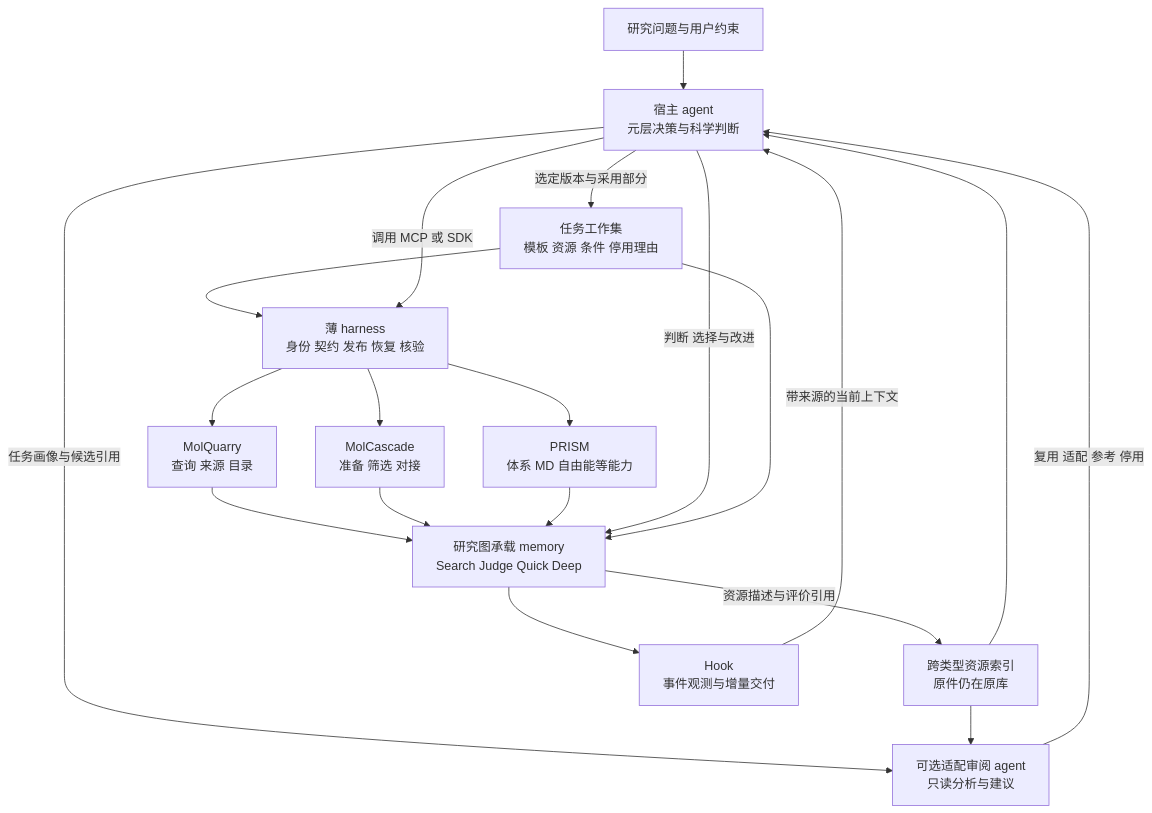
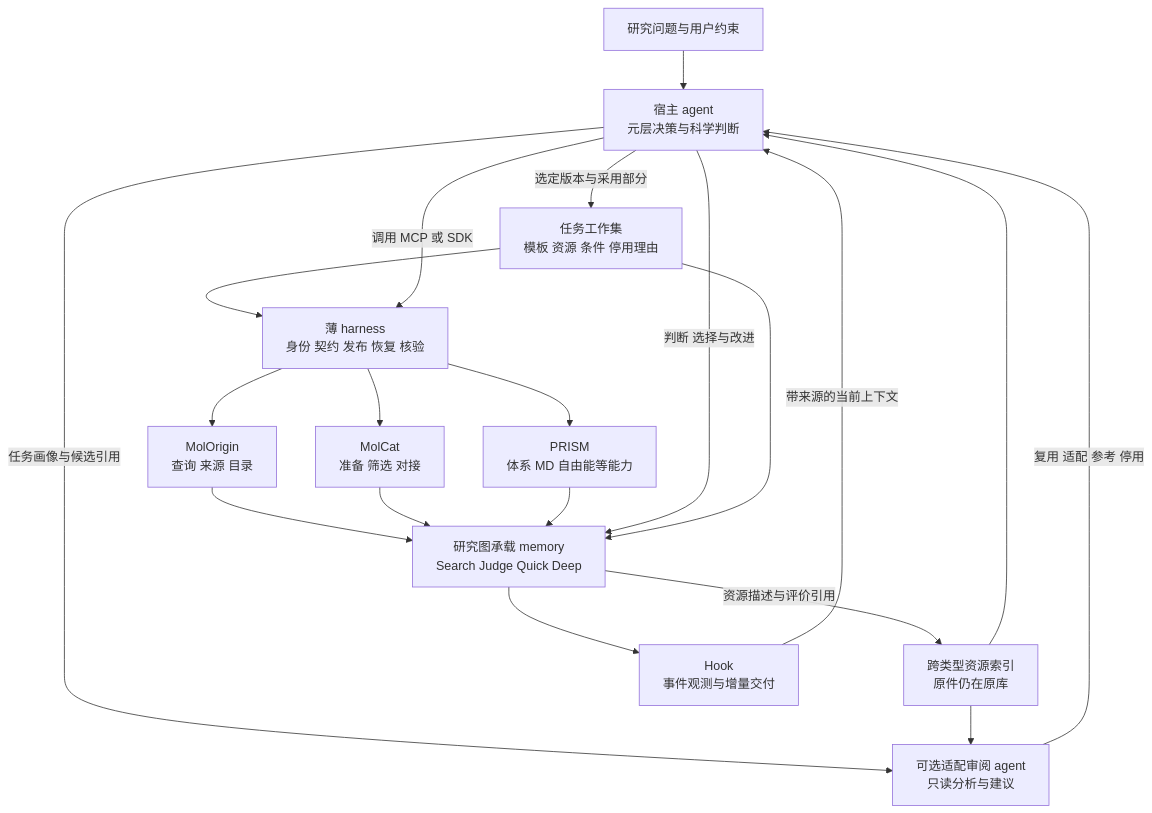
Before and after one commit to AIB001/MolDarwin: the diagram in docs/thin-harness/META_WORKSET_DESIGN.md, drawn with Mermaid. The commit also changed other lines of this file and 1702 other files, not shown here.

First line of the commit message:
Rename the agent to MolDarwin, and the two vendored components to MolCat and MolOrigin

````diff
--- a/docs/thin-harness/META_WORKSET_DESIGN.md
+++ b/docs/thin-harness/META_WORKSET_DESIGN.md
@@ -9,22 +9,22 @@
 ```mermaid
 flowchart TB
     U[研究问题与用户约束] --> H[宿主 agent\n元层决策与科学判断]
     H -->|任务画像与候选引用| A[可选适配审阅 agent\n只读分析与建议]
     A -->|复用 适配 参考 停用| H
     I[跨类型资源索引\n原件仍在原库] --> A
     I --> H
     H -->|选定版本与采用部分| W[任务工作集\n模板 资源 条件 停用理由]
     W --> K[薄 harness\n身份 契约 发布 恢复 核验]
     H -->|调用 MCP 或 SDK| K
-    K --> Q[MolQuarry\n查询 来源 目录]
-    K --> C[MolCascade\n准备 筛选 对接]
+    K --> Q[MolOrigin\n查询 来源 目录]
+    K --> C[MolCat\n准备 筛选 对接]
     K --> P[PRISM\n体系 MD 自由能等能力]
     Q --> G[研究图承载 memory\nSearch Judge Quick Deep]
     C --> G
     P --> G
     H -->|判断 选择与改进| G
     W --> G
     G --> F[Hook\n事件观测与增量交付]
     F -->|带来源的当前上下文| H
     G -->|资源描述与评价引用| I
 ```
````
